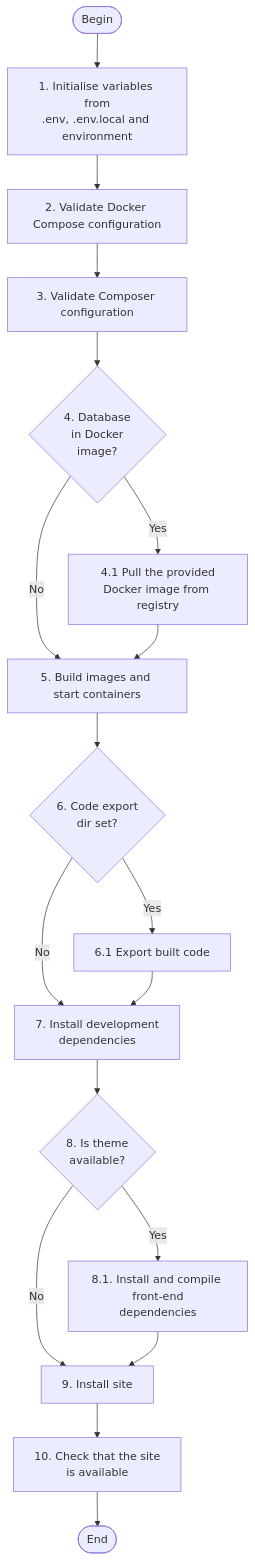
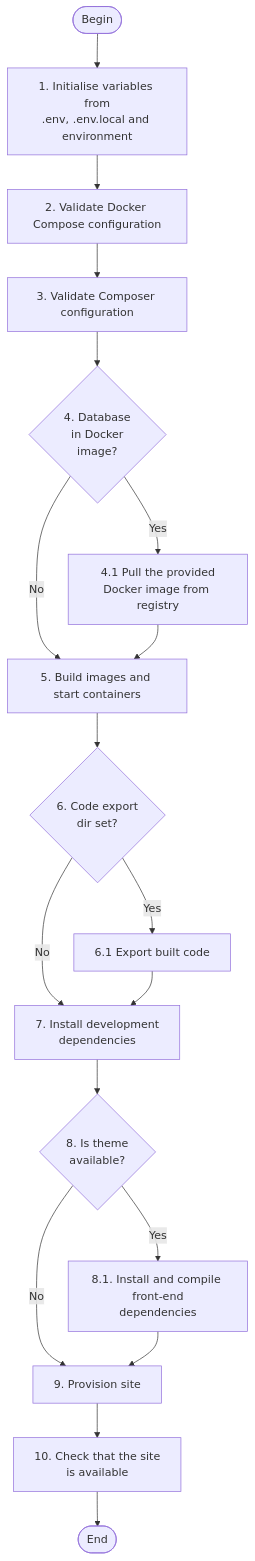
The diagram in scripts/drevops/docs/content/workflow/build.md (drevops/vortex), drawn with Mermaid before and after one commit. The commit also changed other lines of this file and 46 other files, not shown here.

Commit message:
Renamed `site-install` to `provision` and env variables.

````diff
--- a/scripts/drevops/docs/content/workflow/build.md
+++ b/scripts/drevops/docs/content/workflow/build.md
@@ -30,28 +30,28 @@
 ```mermaid
 flowchart TB
   start(["Begin"]) --> A["1. Initialise variables from\n.env, .env.local and environment"]
 
   A --> B["2. Validate Docker Compose configuration"]
   B --> C["3. Validate Composer configuration"]
 
   C --> F{"4. Database\nin Docker\nimage?"}
   F -- Yes --> G["4.1 Pull the provided\nDocker image from registry"]
   F -- No --> H
 
   G --> H["5. Build images and start containers"]
 
   H --> H1{"6. Code export\ndir set?"}
   H1 -- Yes --> I["6.1 Export built code"]
   H1 -- No --> K
 
   I --> K["7. Install development\ndependencies"]
 
   K --> L{"8. Is theme\navailable?"}
   L -- Yes --> M["8.1. Install and compile front-end\ndependencies"]
-  L -- No --> N["9. Install site"]
-  M --> N["9. Install site"]
+  L -- No --> N["9. Provision site"]
+  M --> N["9. Provision site"]
 
   N --> P["10. Check that the site\nis available"]
 
   P --> finish(["End"])
 ```
````
